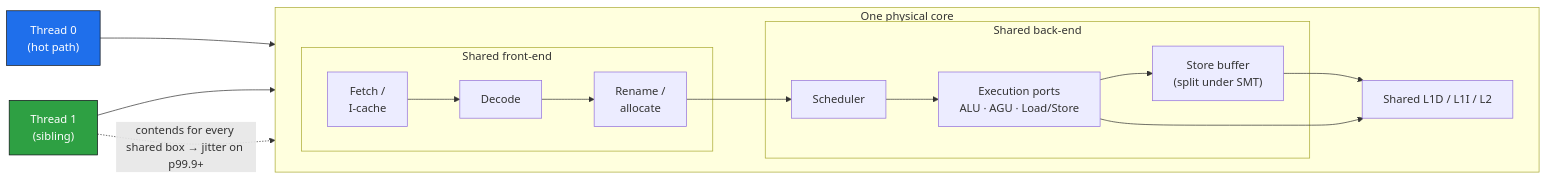
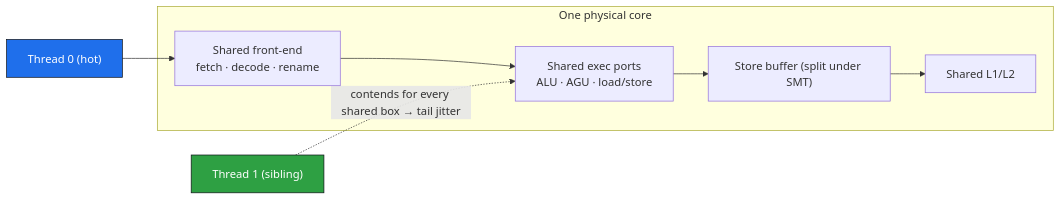
One commit to mattyv/SMT-IPC changed the second of 3 diagrams in README.md. Above: the diagram before and after it, drawn with Mermaid. The commit also changed other lines of this file and 2 other files, not shown here.

````diff
--- a/README.md
+++ b/README.md
@@ -107,30 +82,17 @@
 ```mermaid
 flowchart LR
-  T0["Thread 0<br/>(hot path)"]
-  T1["Thread 1<br/>(sibling)"]
+  T0["Thread 0 (hot)"]
+  T1["Thread 1 (sibling)"]
   subgraph CORE["One physical core"]
-    direction LR
-    subgraph FE["Shared front-end"]
-      FETCH["Fetch /<br/>I-cache"]
-      DEC["Decode"]
-      REN["Rename /<br/>allocate"]
-    end
-    subgraph BE["Shared back-end"]
-      SCHED["Scheduler"]
-      PORTS["Execution ports<br/>ALU · AGU · Load/Store"]
-      SB["Store buffer<br/>(split under SMT)"]
-    end
-    L1L2["Shared L1D / L1I / L2"]
-    FETCH --> DEC --> REN --> SCHED --> PORTS
-    PORTS --> SB --> L1L2
-    PORTS --> L1L2
+    FE["Shared front-end<br/>fetch · decode · rename"]
+    PORTS["Shared exec ports<br/>ALU · AGU · load/store"]
+    SB["Store buffer (split under SMT)"]
+    L1L2["Shared L1/L2"]
+    FE --> PORTS --> SB --> L1L2
   end
-  T0 --> FETCH
-  T1 --> FETCH
-  T1 -. "contends for every shared box → jitter on p99.9+" .-> PORTS
-
+  T0 --> FE
+  T1 -. "contends for every shared box → tail jitter" .-> PORTS
   classDef hot fill:#1f6feb,color:#fff,stroke:#0d1117;
   classDef sib fill:#2ea043,color:#fff,stroke:#0d1117;
-  class T0 hot;
-  class T1 sib;
+  class T0 hot; class T1 sib;
 ```
````
